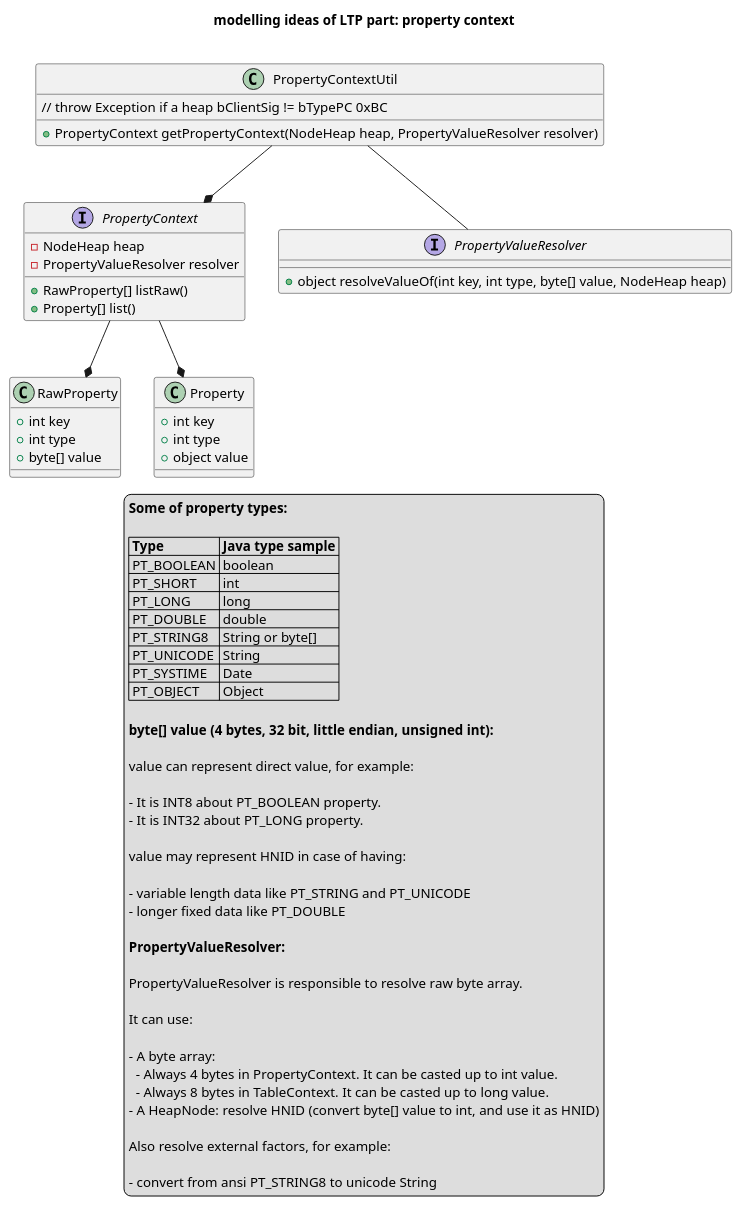
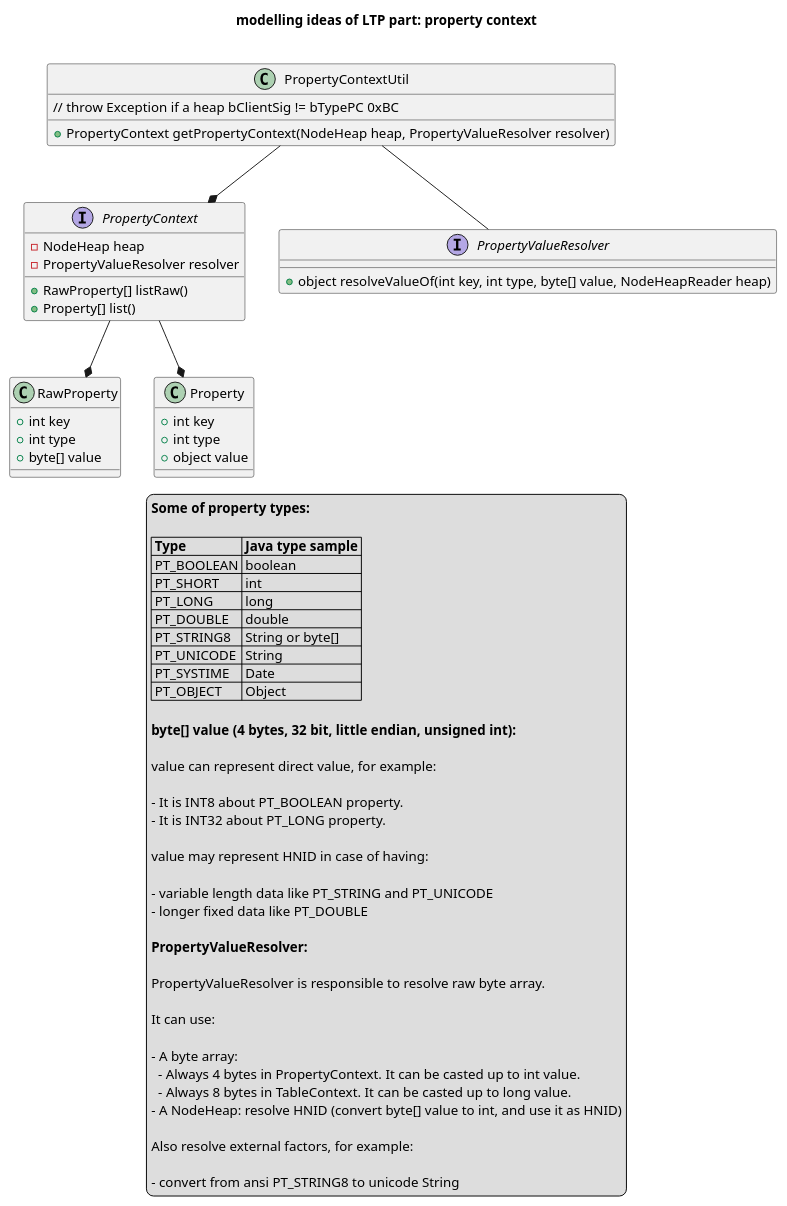
The fourth of 5 diagrams in plantuml/base.plantuml (Kris-LIBIS/ruby-msg), drawn with PlantUML before and after one commit. The commit also changed other lines of this file and 3 other files, not shown here.

Commit message:
Split NodeHeap to NodeHeap and NodeHeapReader

```diff
--- a/plantuml/base.plantuml
+++ b/plantuml/base.plantuml
@@ -84,79 +89,79 @@
 @startuml ltp_pc
 title modelling ideas of LTP part: property context\n
 class PropertyContextUtil {
     // throw Exception if a heap bClientSig != bTypePC 0xBC
 
     + PropertyContext getPropertyContext(NodeHeap heap, PropertyValueResolver resolver)
 }
 
 interface PropertyContext {
     - NodeHeap heap
     - PropertyValueResolver resolver
 
     + RawProperty[] listRaw()
     + Property[] list()
 }
 
 interface PropertyValueResolver {
-    + object resolveValueOf(int key, int type, byte[] value, NodeHeap heap)
+    + object resolveValueOf(int key, int type, byte[] value, NodeHeapReader heap)
 }
 
 class RawProperty {
     + int key
     + int type
     + byte[] value
 }
 
 class Property {
     + int key
     + int type
     + object value
 }
 
 PropertyContextUtil --* PropertyContext
 PropertyContext --* Property
 PropertyContext --* RawProperty
 PropertyContextUtil -- PropertyValueResolver
 
 legend
     <b>Some of property types:</b>
 
     |= Type |= Java type sample |
     | PT_BOOLEAN | boolean |
     | PT_SHORT | int |
     | PT_LONG | long |
     | PT_DOUBLE | double |
     | PT_STRING8 | String or byte[] |
     | PT_UNICODE | String |
     | PT_SYSTIME | Date |
     | PT_OBJECT | Object |
 
     <b>byte[] value (4 bytes, 32 bit, little endian, unsigned int):</b>
 
     value can represent direct value, for example:
     
     - It is INT8 about PT_BOOLEAN property.
     - It is INT32 about PT_LONG property.
 
     value may represent HNID in case of having:
     
     - variable length data like PT_STRING and PT_UNICODE
     - longer fixed data like PT_DOUBLE
 
     <b>PropertyValueResolver:</b>
 
     PropertyValueResolver is responsible to resolve raw byte array.
 
     It can use:
 
     - A byte array:
       - Always 4 bytes in PropertyContext. It can be casted up to int value.
       - Always 8 bytes in TableContext. It can be casted up to long value.
-    - A HeapNode: resolve HNID (convert byte[] value to int, and use it as HNID)
+    - A NodeHeap: resolve HNID (convert byte[] value to int, and use it as HNID)
     
     Also resolve external factors, for example:
     
     - convert from ansi PT_STRING8 to unicode String
 end legend
 
 @enduml
```
